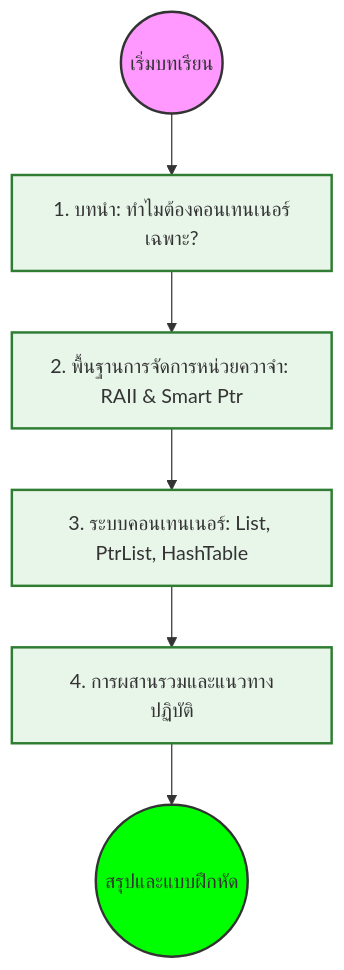
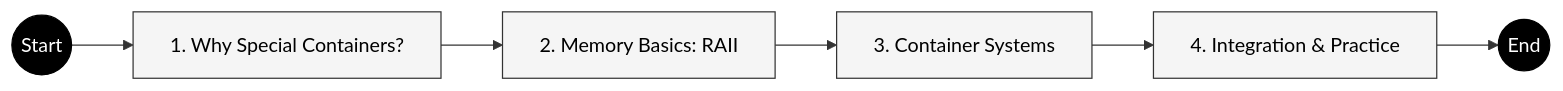
One commit to wramet/build-my-cfd changed the diagram in MODULE_05_OPENFOAM_PROGRAMMING/CONTENT/03_CONTAINERS_MEMORY/00_Overview.md. Above: the diagram before and after it, drawn with Mermaid. The commit also changed 313 other files, not shown here.

Commit message:
Revise all diagram

````diff
--- a/MODULE_05_OPENFOAM_PROGRAMMING/CONTENT/03_CONTAINERS_MEMORY/00_Overview.md
+++ b/MODULE_05_OPENFOAM_PROGRAMMING/CONTENT/03_CONTAINERS_MEMORY/00_Overview.md
@@ -10,13 +10,11 @@
 ```mermaid
-flowchart TD
-    Start((เริ่มบทเรียน)) --> Intro[1. บทนำ: ทำไมต้องคอนเทนเนอร์เฉพาะ?]
-    Intro --> MemFound[2. พื้นฐานการจัดการหน่วยควาจำ: RAII & Smart Ptr]
-    MemFound --> SysCont[3. ระบบคอนเทนเนอร์: List, PtrList, HashTable]
-    SysCont --> Integration[4. การผสานรวมและแนวทางปฏิบัติ]
-    Integration --> End((สรุปและแบบฝึกหัด))
-
-    style Start fill:#f9f,stroke:#333,stroke-width:2px
-    style End fill:#00ff00,stroke:#333,stroke-width:2px
-    classDef step fill:#e8f5e9,stroke:#2e7d32,stroke-width:2px;
-    class Intro,MemFound,SysCont,Integration step
+flowchart LR
+    classDef step fill:#f5f5f5,stroke:#333,color:#000
+    classDef startend fill:#000,stroke:#000,color:#fff
+    
+    S((Start)):::startend --> C1[1. Why Special Containers?]:::step
+    C1 --> C2[2. Memory Basics: RAII]:::step
+    C2 --> C3[3. Container Systems]:::step
+    C3 --> C4[4. Integration & Practice]:::step
+    C4 --> E((End)):::startend
 ```
````
